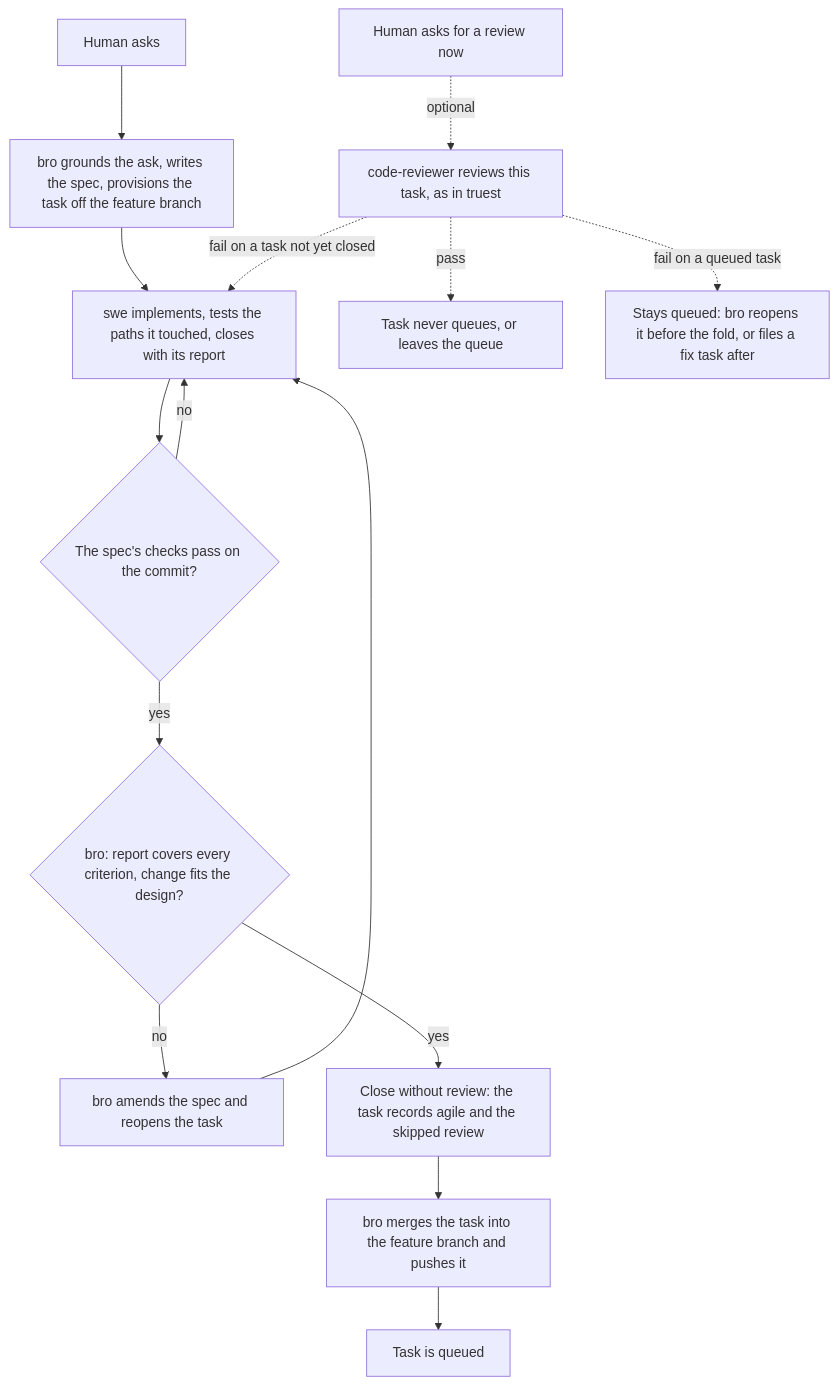
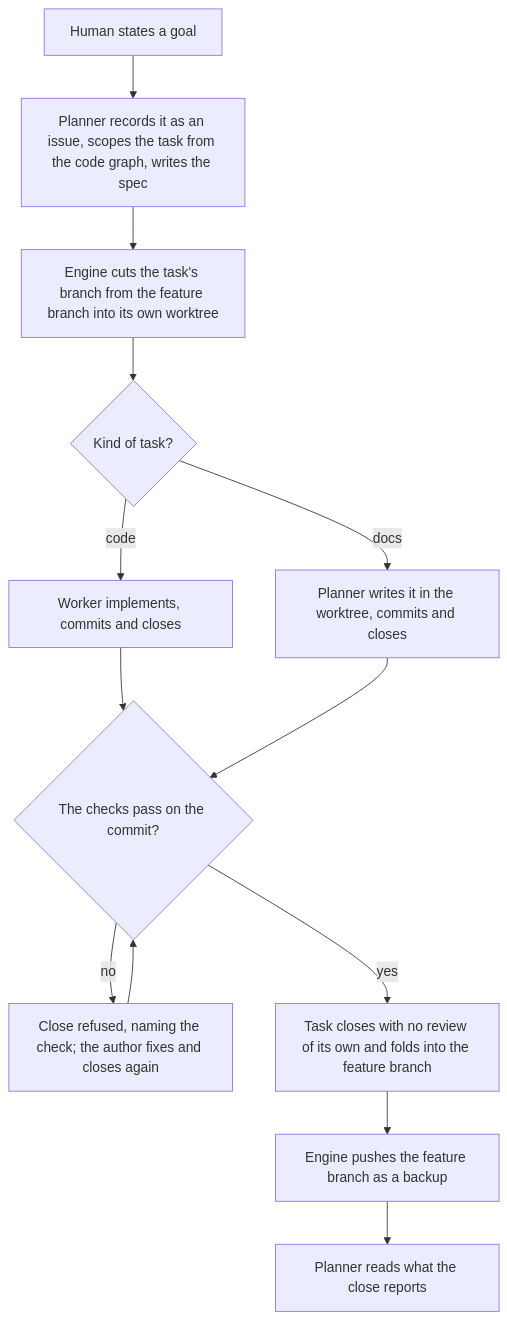
One commit to trustmybot/tmb changed the fourth of 8 diagrams in docs/architecture/AGILE.md. Above: the diagram before and after it, drawn with Mermaid. The commit also changed other lines of this file and 38 other files, not shown here.

````diff
--- a/docs/architecture/AGILE.md
+++ b/docs/architecture/AGILE.md
@@ -95,17 +95,15 @@
 ```mermaid
 flowchart TD
-    A[Human asks] --> B[bro grounds the ask, writes the spec, provisions the task off the feature branch]
-    B --> C[swe implements, tests the paths it touched, closes with its report]
-    C --> V{The spec's checks pass on the commit?}
-    V -- no --> C
-    V -- yes --> E{bro: report covers every criterion, change fits the design?}
-    E -- no --> R[bro amends the spec and reopens the task]
-    R --> C
-    E -- yes --> F[Close without review: the task records agile and the skipped review]
-    F --> G[bro merges the task into the feature branch and pushes it]
-    G --> Q[Task is queued]
-    H[Human asks for a review now] -. optional .-> CR[code-reviewer reviews this task, as in truest]
-    CR -. pass .-> X[Task never queues, or leaves the queue]
-    CR -. fail on a task not yet closed .-> C
-    CR -. fail on a queued task .-> RF[Stays queued: bro reopens it before the fold, or files a fix task after]
+    A[Human states a goal] --> B[Planner records it as an issue, scopes the task from the code graph, writes the spec]
+    B --> S["Engine cuts the task's branch from the feature branch into its own worktree"]
+    S --> K{Kind of task?}
+    K -- code --> C[Worker implements, commits and closes]
+    K -- docs --> DC[Planner writes it in the worktree, commits and closes]
+    C --> V{"The checks pass on the commit?"}
+    DC --> V
+    V -- no --> RF[Close refused, naming the check; the author fixes and closes again]
+    RF --> V
+    V -- yes --> F[Task closes with no review of its own and folds into the feature branch]
+    F --> G[Engine pushes the feature branch as a backup]
+    G --> RP[Planner reads what the close reports]
 ```
````
